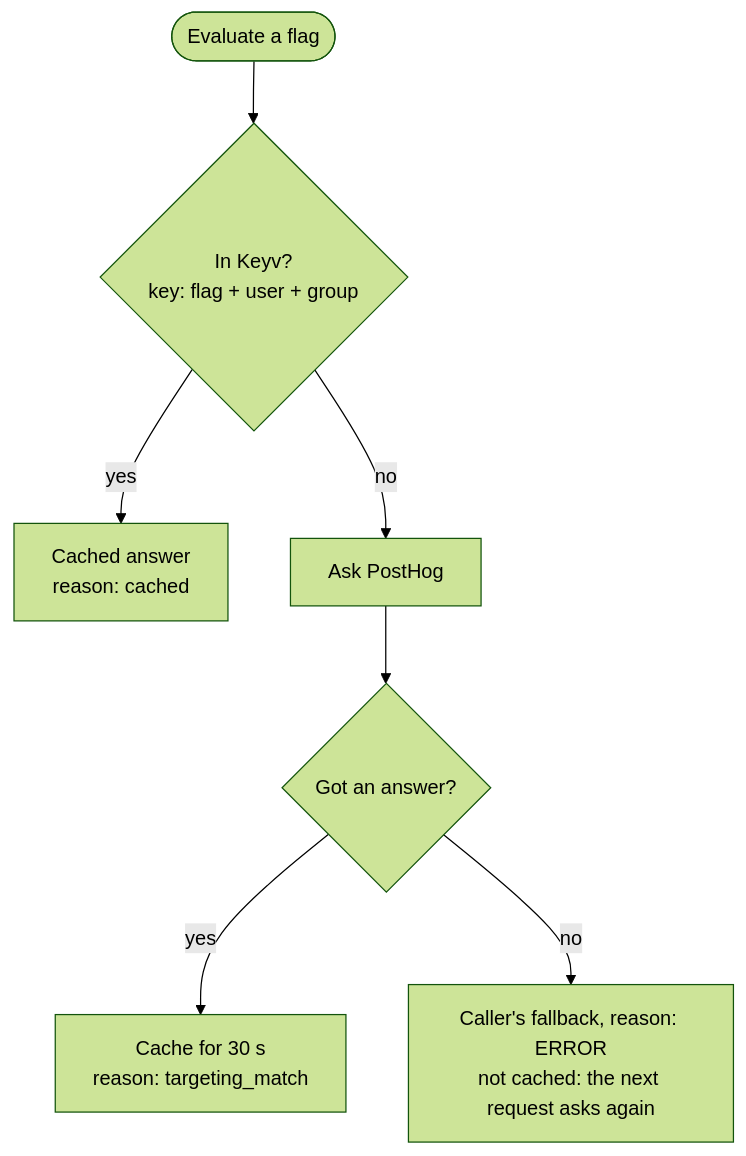
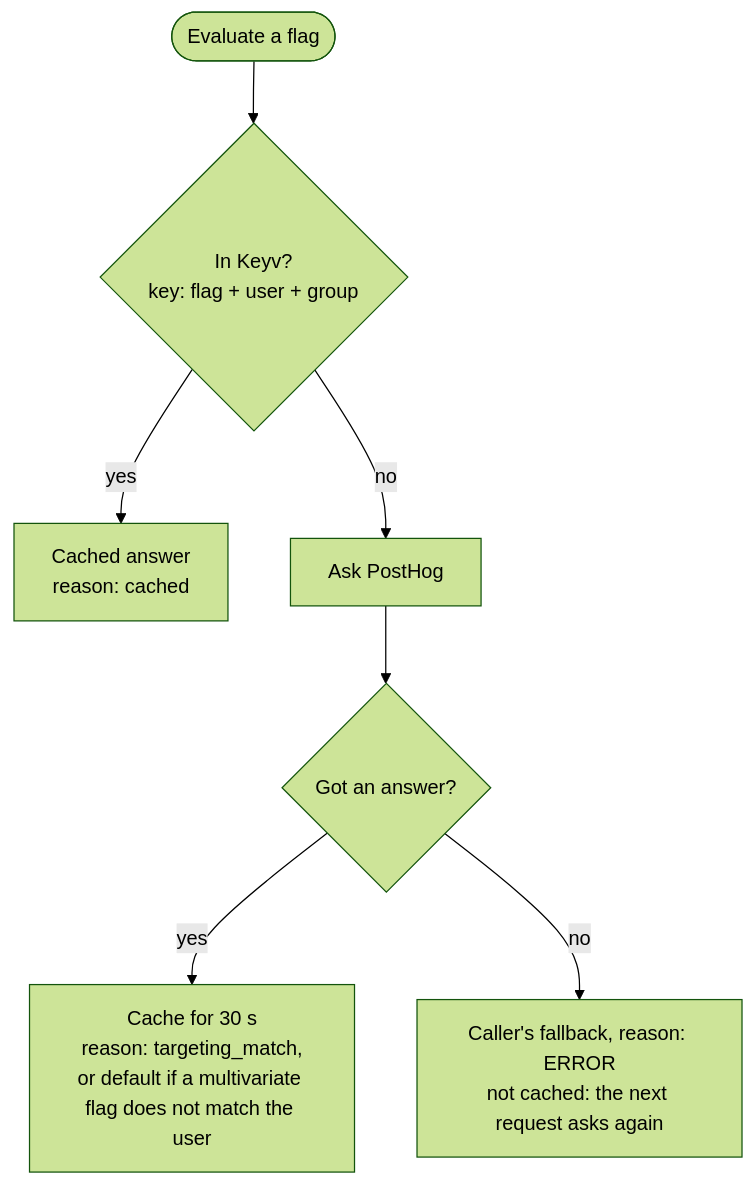
The fourth of 4 diagrams in README.md (jagreehal/autotel-feature-flags-demo), drawn with Mermaid (forest theme) before and after one commit. The commit also changed other lines of this file and 17 other files, not shown here.

````diff
--- a/README.md
+++ b/README.md
@@ -251,8 +321,8 @@
 ```mermaid
 flowchart TD
   ask([Evaluate a flag]) --> hit{"In Keyv?<br/>key: flag + user + group"}
   hit -->|yes| cached["Cached answer<br/>reason: cached"]
   hit -->|no| posthog[Ask PostHog] --> got{Got an answer?}
-  got -->|yes| store["Cache for 30 s<br/>reason: targeting_match"]
+  got -->|yes| store["Cache for 30 s<br/>reason: targeting_match,<br/>or default if a multivariate flag does not match the user"]
   got -->|no| fallback["Caller's fallback, reason: ERROR<br/>not cached: the next request asks again"]
 ```
````
